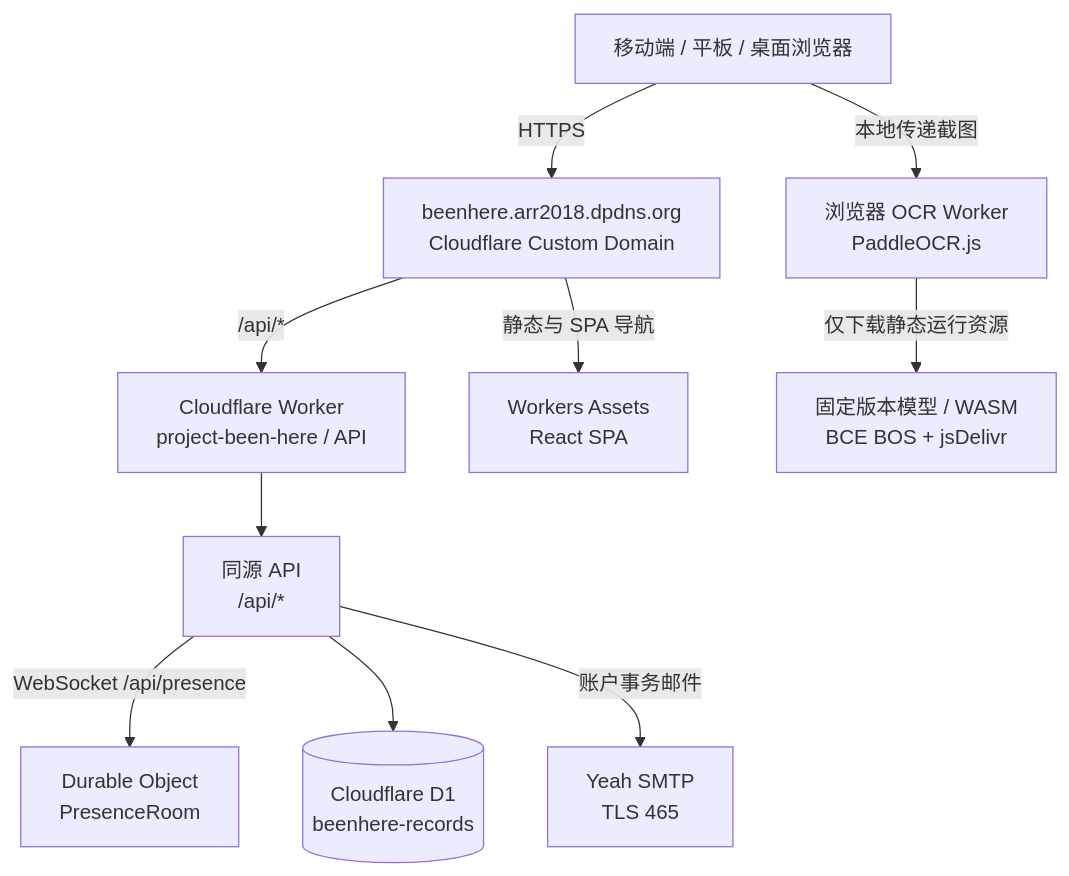
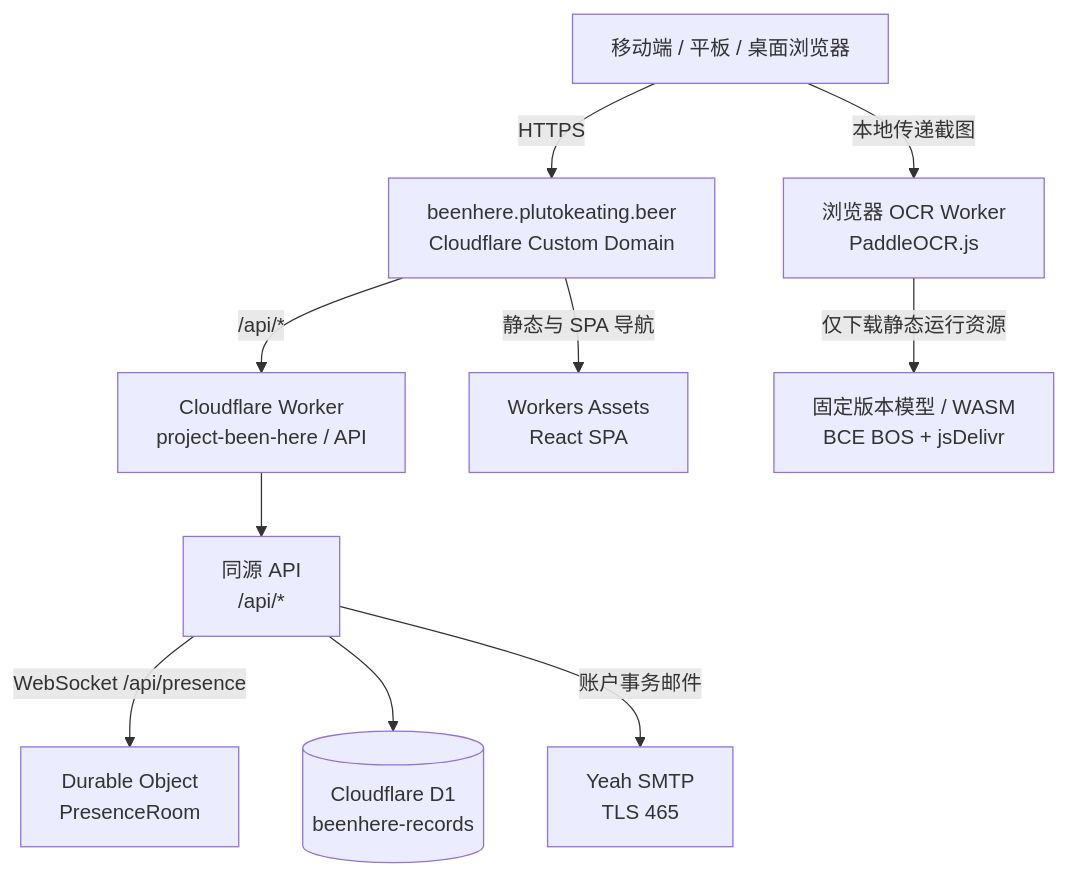
Before and after one commit to PlutoKeating/Project.BeenHere: the first of 3 diagrams in docs/ARCHITECTURE.md, drawn with Mermaid. The commit also changed other lines of this file and 4 other files, not shown here.

First line of the commit message:
docs: record production domain migration to plutokeating.beer

````diff
--- a/docs/ARCHITECTURE.md
+++ b/docs/ARCHITECTURE.md
@@ -7,22 +7,22 @@
 ```mermaid
 flowchart TD
   Browser[移动端 / 平板 / 桌面浏览器]
-  Domain[beenhere.arr2018.dpdns.org\nCloudflare Custom Domain]
+  Domain[beenhere.plutokeating.beer\nCloudflare Custom Domain]
   Worker[Cloudflare Worker\nproject-been-here / API]
   Assets[Workers Assets\nReact SPA]
   API[同源 API\n/api/*]
   Presence[Durable Object\nPresenceRoom]
   OCR[浏览器 OCR Worker\nPaddleOCR.js]
   Models[固定版本模型 / WASM\nBCE BOS + jsDelivr]
   D1[(Cloudflare D1\nbeenhere-records)]
   SMTP[Yeah SMTP\nTLS 465]
 
   Browser -->|HTTPS| Domain
   Domain -->|静态与 SPA 导航| Assets
   Domain -->|/api/*| Worker --> API
   API -->|WebSocket /api/presence| Presence
   API --> D1
   API -->|账户事务邮件| SMTP
   Browser -->|本地传递截图| OCR
   OCR -->|仅下载静态运行资源| Models
 ```
````
